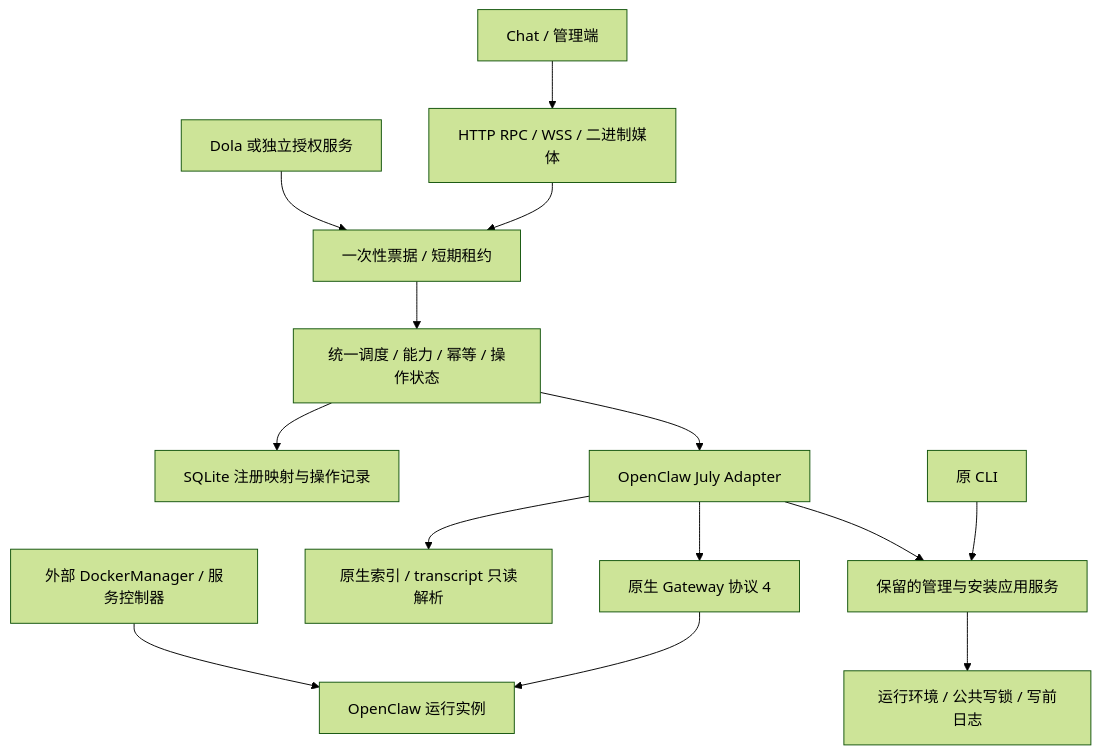
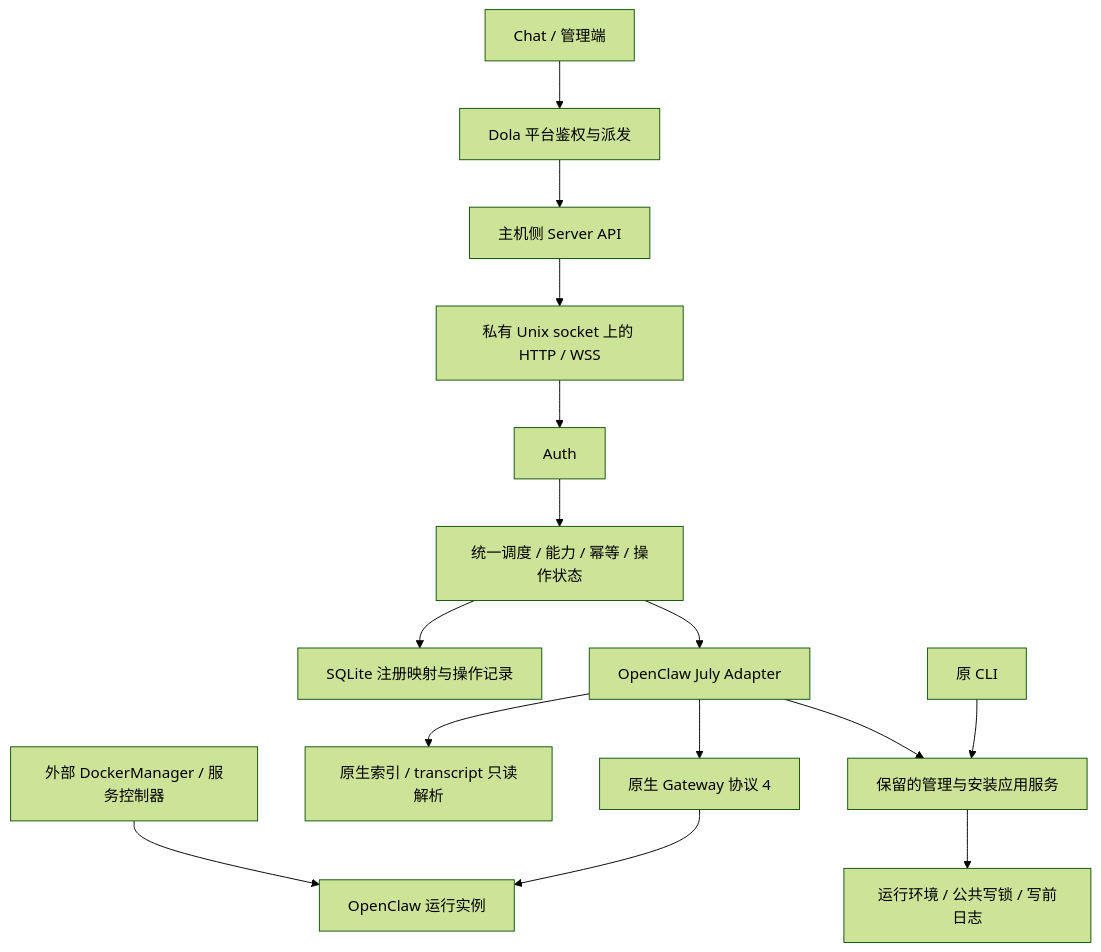
Before and after one commit to unitag-xyz/agent_manage: the diagram in docs/v1-architecture.md, drawn with Mermaid (forest theme). The commit also changed other lines of this file and 12 other files, not shown here.

Commit message:
Release 1.0.002: private Server API transport

````diff
--- a/docs/v1-architecture.md
+++ b/docs/v1-architecture.md
@@ -8,16 +8,17 @@
 ```mermaid
 flowchart TD
-    Chat[Chat / 管理端] --> HTTP[HTTP RPC / WSS / 二进制媒体]
-    Issuer[Dola 或独立授权服务] --> Auth[一次性票据 / 短期租约]
+    Chat[Chat / 管理端] --> Dola[Dola 平台鉴权与派发]
+    Dola --> Host[主机侧 Server API]
+    Host --> HTTP[私有 Unix socket 上的 HTTP / WSS]
     HTTP --> Auth
     Auth --> Core[统一调度 / 能力 / 幂等 / 操作状态]
     Core --> Store[SQLite 注册映射与操作记录]
     Core --> Adapter[OpenClaw July Adapter]
     Adapter --> Gateway[原生 Gateway 协议 4]
     Adapter --> History[原生索引 / transcript 只读解析]
     Adapter --> Legacy[保留的管理与安装应用服务]
     CLI[原 CLI] --> Legacy
     Legacy --> Boundary[运行环境 / 公共写锁 / 写前日志]
     Controller[外部 DockerManager / 服务控制器] --> Runtime[OpenClaw 运行实例]
     Gateway --> Runtime
 ```
````
